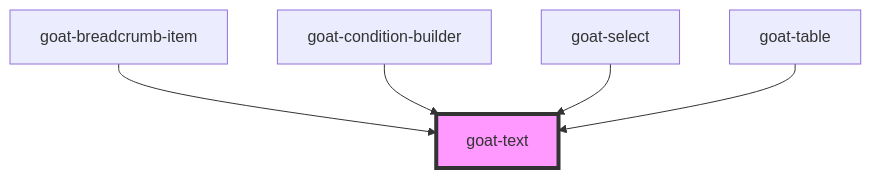
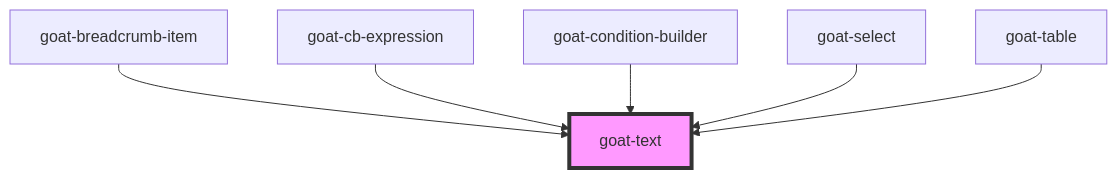
One commit to goatui/components changed the diagram in src/components/general/text/readme.md. Above: the diagram before and after it, drawn with Mermaid. The commit also changed other lines of this file and 23 other files, not shown here.

````diff
--- a/src/components/general/text/readme.md
+++ b/src/components/general/text/readme.md
@@ -31,8 +32,9 @@
 ```mermaid
 graph TD;
   goat-breadcrumb-item --> goat-text
+  goat-cb-expression --> goat-text
   goat-condition-builder --> goat-text
   goat-select --> goat-text
   goat-table --> goat-text
   style goat-text fill:#f9f,stroke:#333,stroke-width:4px
 ```
````
